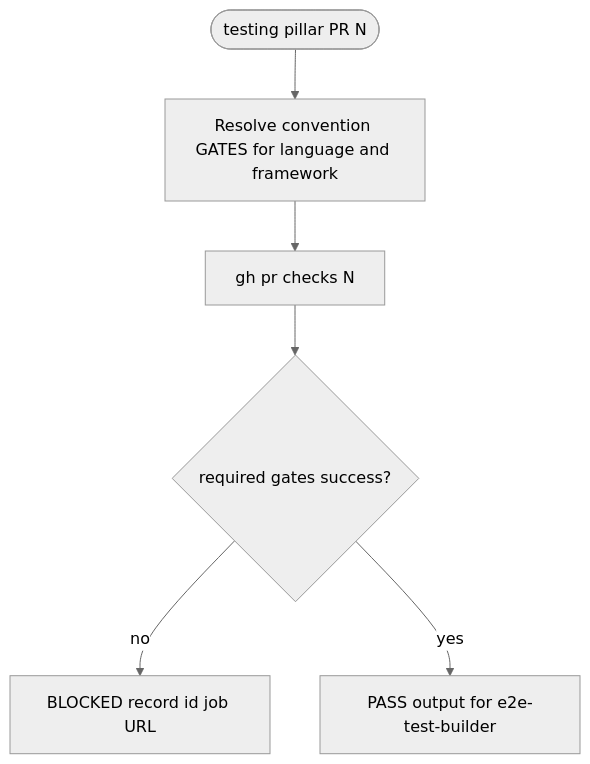
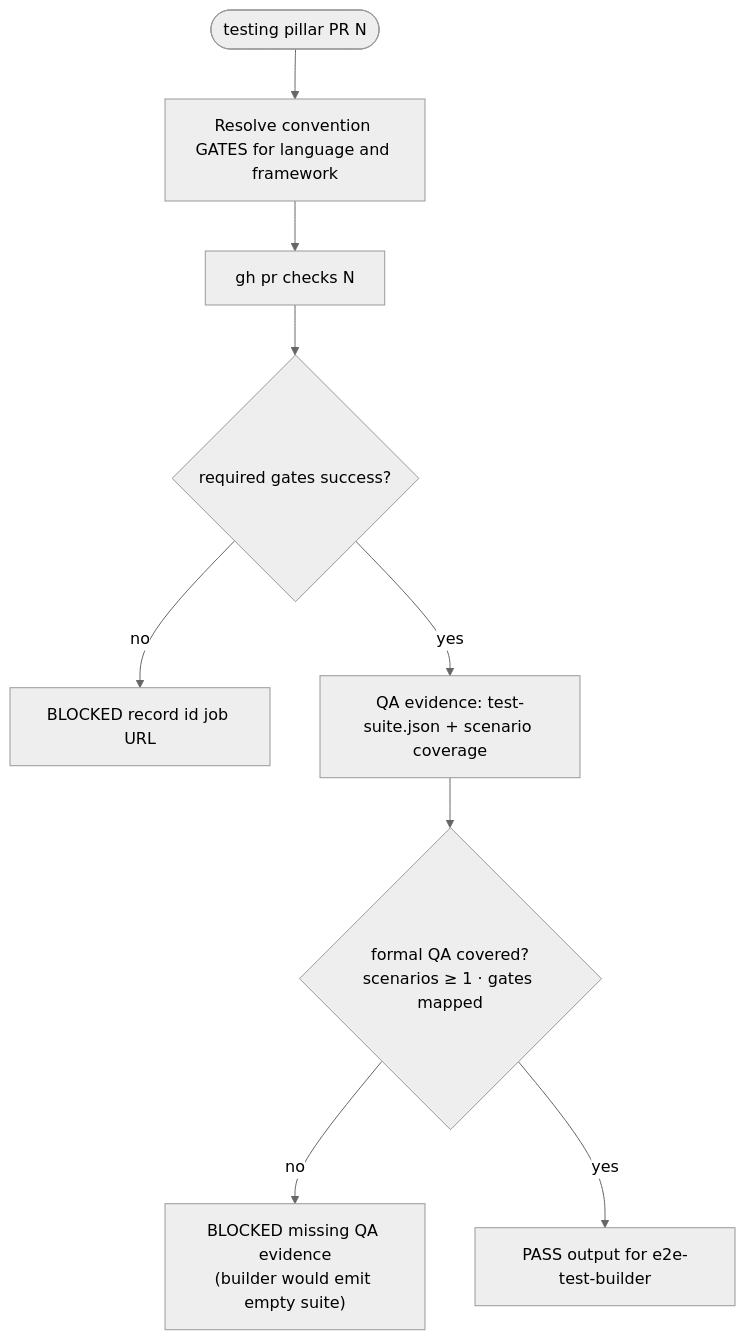
One commit to chimeranext/better-toolkits changed the first of 2 diagrams in toolkits/assurance-toolkit/references/testing/triage-protocol.md. Above: the diagram before and after it, drawn with Mermaid (neutral theme). The commit also changed other lines of this file and 43 other files, not shown here.

Commit message:
feat(cleanup): apply logistics + schematics toolkits, add dogfood to RTR, extend QA triage, move docs-to-glb MCP into toolkit

````diff
--- a/toolkits/assurance-toolkit/references/testing/triage-protocol.md
+++ b/toolkits/assurance-toolkit/references/testing/triage-protocol.md
@@ -16,9 +18,12 @@
 ```mermaid
 flowchart TD
   start(["testing pillar PR N"])
   start --> c1["Resolve convention GATES for language and framework"]
   c1 --> c2["gh pr checks N"]
   c2 --> v{"required gates success?"}
   v -->|no| b["BLOCKED record id job URL"]
-  v -->|yes| p["PASS output for e2e-test-builder"]
+  v -->|yes| q1["QA evidence: test-suite.json + scenario coverage"]
+  q1 --> qv{"formal QA covered?<br/>scenarios ≥ 1 · gates mapped"}
+  qv -->|no| bq["BLOCKED missing QA evidence<br/>(builder would emit empty suite)"]
+  qv -->|yes| p["PASS output for e2e-test-builder"]
 ```
````
